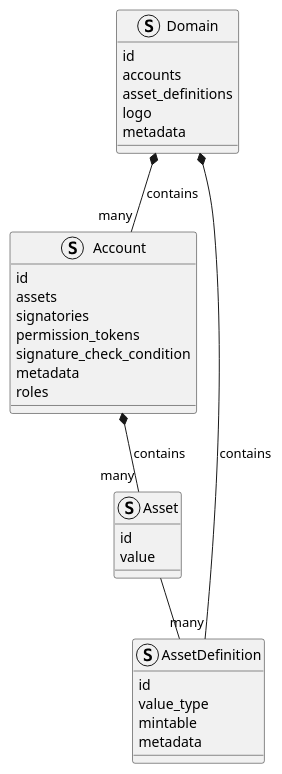
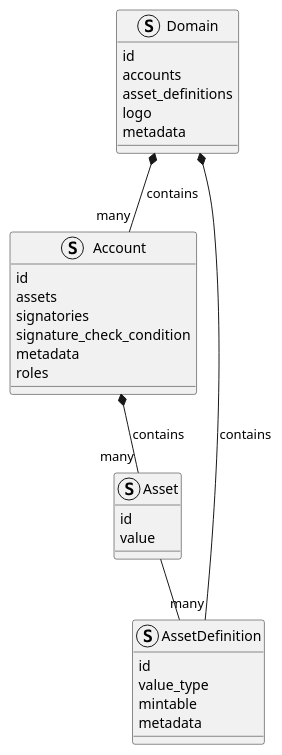
One commit to hyperledger/iroha-2-docs changed the diagram in src/guide/diagrams-src/domain-account-asset.puml. Above: the diagram before and after it, drawn with PlantUML. The commit also changed 21 other files, not shown here.

```diff
--- a/src/guide/diagrams-src/domain-account-asset.puml
+++ b/src/guide/diagrams-src/domain-account-asset.puml
@@ -1,34 +1,33 @@
 @startuml
 struct Domain
 struct Account
 struct AssetDefinition
 struct Asset
 
 Domain *-- "many" Account : contains
 Domain *-- "many" AssetDefinition : contains
 Account *-- "many" Asset : contains
 Asset -- AssetDefinition
 
 Domain : id
 Domain : accounts
 Domain : asset_definitions
 Domain : logo
 Domain : metadata
 
 Account : id
 Account : assets
 Account : signatories
-Account : permission_tokens
 Account : signature_check_condition
 Account : metadata
 Account : roles
 
 
 AssetDefinition : id
 AssetDefinition : value_type
 AssetDefinition : mintable
 AssetDefinition : metadata
 
 Asset : id
 Asset : value
 @enduml
```
